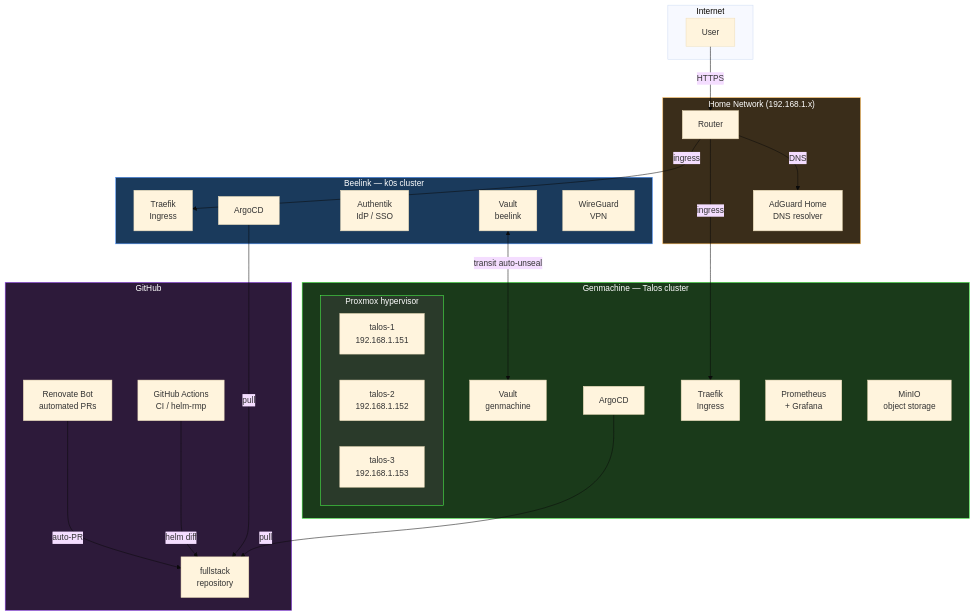
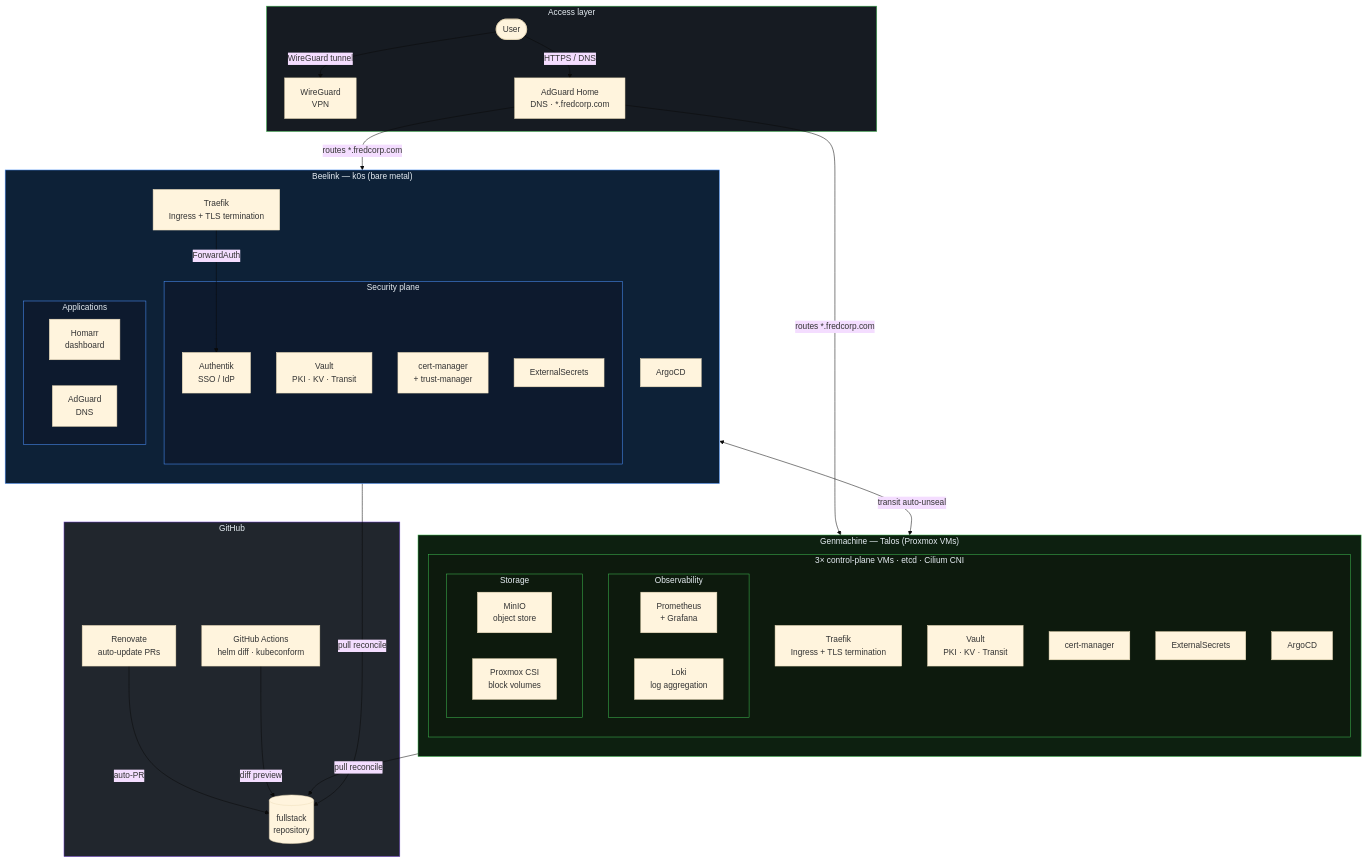
One commit to ixxeL-DevOps/fullstack changed the first of 2 diagrams in docs/index.md. Above: the diagram before and after it, drawn with Mermaid (base theme). The commit also changed other lines of this file, not shown here.

First line of the commit message:
docs: rework index page with layered architecture diagrams and stack table

````diff
--- a/docs/index.md
+++ b/docs/index.md
@@ -62,56 +62,70 @@
 ```mermaid
 graph TB
-    subgraph internet["Internet"]
-        user["User"]
+    subgraph github["   GitHub   "]
+        repo[("fullstack\nrepository")]
+        renovate["Renovate\nauto-update PRs"]
+        ci["GitHub Actions\nhelm diff · kubeconform"]
     end
 
-    subgraph home["Home Network (192.168.1.x)"]
-        router["Router"]
-        adguard["AdGuard Home\nDNS resolver"]
+    subgraph access["   Access layer   "]
+        user(["User"])
+        vpn["WireGuard\nVPN"]
+        adguard["AdGuard Home\nDNS · *.fredcorp.com"]
     end
 
-    subgraph github["GitHub"]
-        repo["fullstack\nrepository"]
-        renovate["Renovate Bot\nautomated PRs"]
-        actions["GitHub Actions\nCI / helm-rmp"]
+    subgraph beelink["   Beelink — k0s (bare metal)   "]
+        direction TB
+        traefik_b["Traefik\nIngress + TLS termination"]
+        subgraph security["Security plane"]
+            authentik["Authentik\nSSO / IdP"]
+            vault_b["Vault\nPKI · KV · Transit"]
+            certmgr_b["cert-manager\n+ trust-manager"]
+            eso_b["ExternalSecrets"]
+        end
+        subgraph apps_b["Applications"]
+            homarr["Homarr\ndashboard"]
+            adguard_b["AdGuard\nDNS"]
+        end
+        argocd_b["ArgoCD"]
     end
 
-    subgraph beelink["Beelink — k0s cluster"]
-        traefik_b["Traefik\nIngress"]
-        argocd_b["ArgoCD"]
-        authentik["Authentik\nIdP / SSO"]
-        vault_b["Vault\nbeelink"]
-        wireguard["WireGuard\nVPN"]
+    subgraph genmachine["   Genmachine — Talos (Proxmox VMs)   "]
+        direction TB
+        subgraph vms["3× control-plane VMs  ·  etcd  ·  Cilium CNI"]
+            traefik_g["Traefik\nIngress + TLS termination"]
+            subgraph obs["Observability"]
+                prometheus["Prometheus\n+ Grafana"]
+                loki["Loki\nlog aggregation"]
+            end
+            subgraph storage_g["Storage"]
+                minio["MinIO\nobject store"]
+                csi["Proxmox CSI\nblock volumes"]
+            end
+            vault_g["Vault\nPKI · KV · Transit"]
+            certmgr_g["cert-manager"]
+            eso_g["ExternalSecrets"]
+            argocd_g["ArgoCD"]
+        end
     end
 
-    subgraph genmachine["Genmachine — Talos cluster"]
-        subgraph proxmox["Proxmox hypervisor"]
-            vm1["talos-1\n192.168.1.151"]
-            vm2["talos-2\n192.168.1.152"]
-            vm3["talos-3\n192.168.1.153"]
-        end
-        traefik_g["Traefik\nIngress"]
-        argocd_g["ArgoCD"]
-        vault_g["Vault\ngenmachine"]
-        prometheus["Prometheus\n+ Grafana"]
-        minio["MinIO\nobject storage"]
-    end
+    user -->|"HTTPS / DNS"| adguard
+    user -->|"WireGuard tunnel"| vpn
+    adguard -->|"routes *.fredcorp.com"| traefik_b & traefik_g
+    traefik_b -->|"ForwardAuth"| authentik
 
-    user -->|HTTPS| router
-    router -->|ingress| traefik_b
-    router -->|ingress| traefik_g
-    router -->|DNS| adguard
+    renovate -->|"auto-PR"| repo
+    ci -->|"diff preview"| repo
+    argocd_b & argocd_g -->|"pull reconcile"| repo
 
-    argocd_b -->|pull| repo
-    argocd_g -->|pull| repo
-    renovate -->|auto-PR| repo
-    actions -->|helm diff| repo
+    vault_b <-->|"transit auto-unseal"| vault_g
 
-    vault_b <-->|transit auto-unseal| vault_g
-
-    style beelink fill:#1a3a5c,stroke:#4d94ff,color:#fff
-    style genmachine fill:#1a3a1a,stroke:#4dff4d,color:#fff
-    style github fill:#2d1a3a,stroke:#9d4dff,color:#fff
-    style home fill:#3a2d1a,stroke:#ffb84d,color:#fff
-    style proxmox fill:#2a3a2a,stroke:#4dff4d,color:#fff
+    style github fill:#21262d,stroke:#6e40c9,color:#e6edf3
+    style access fill:#161b22,stroke:#3fb950,color:#e6edf3
+    style beelink fill:#0d2137,stroke:#4d94ff,color:#e6edf3
+    style security fill:#0d1a2e,stroke:#4d94ff,color:#e6edf3
+    style apps_b fill:#0d1a2e,stroke:#4d94ff,color:#e6edf3
+    style genmachine fill:#0d2010,stroke:#3fb950,color:#e6edf3
+    style vms fill:#0d1a0d,stroke:#3fb950,color:#e6edf3
+    style obs fill:#0d1a0d,stroke:#3fb950,color:#e6edf3
+    style storage_g fill:#0d1a0d,stroke:#3fb950,color:#e6edf3
 ```
````
